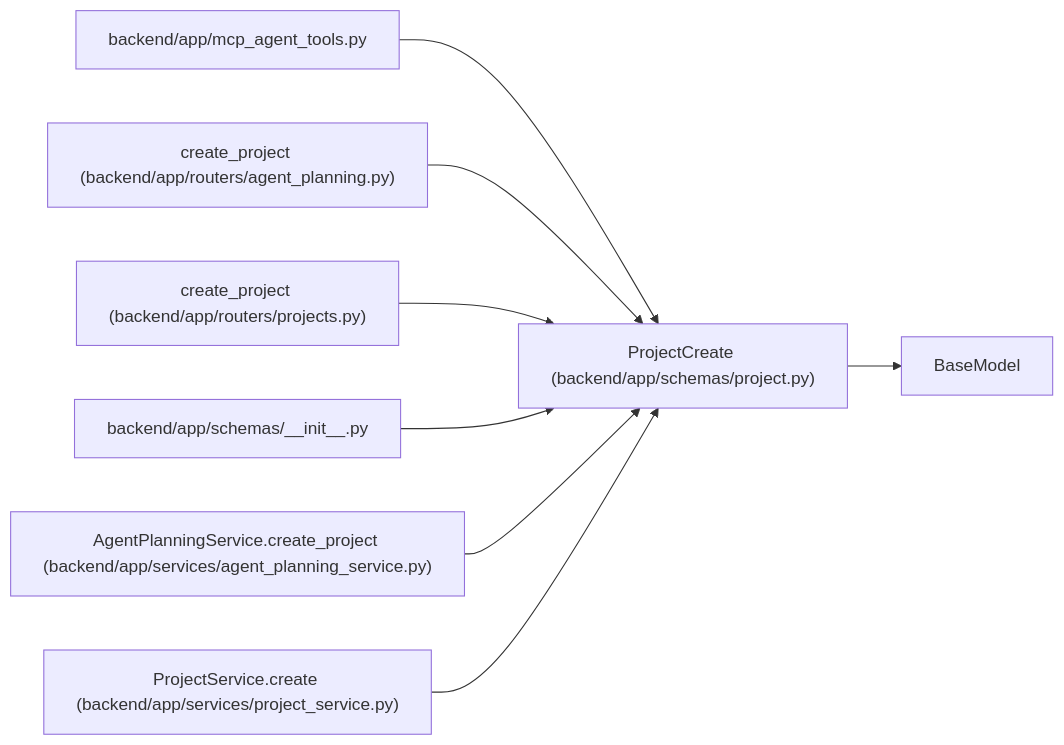
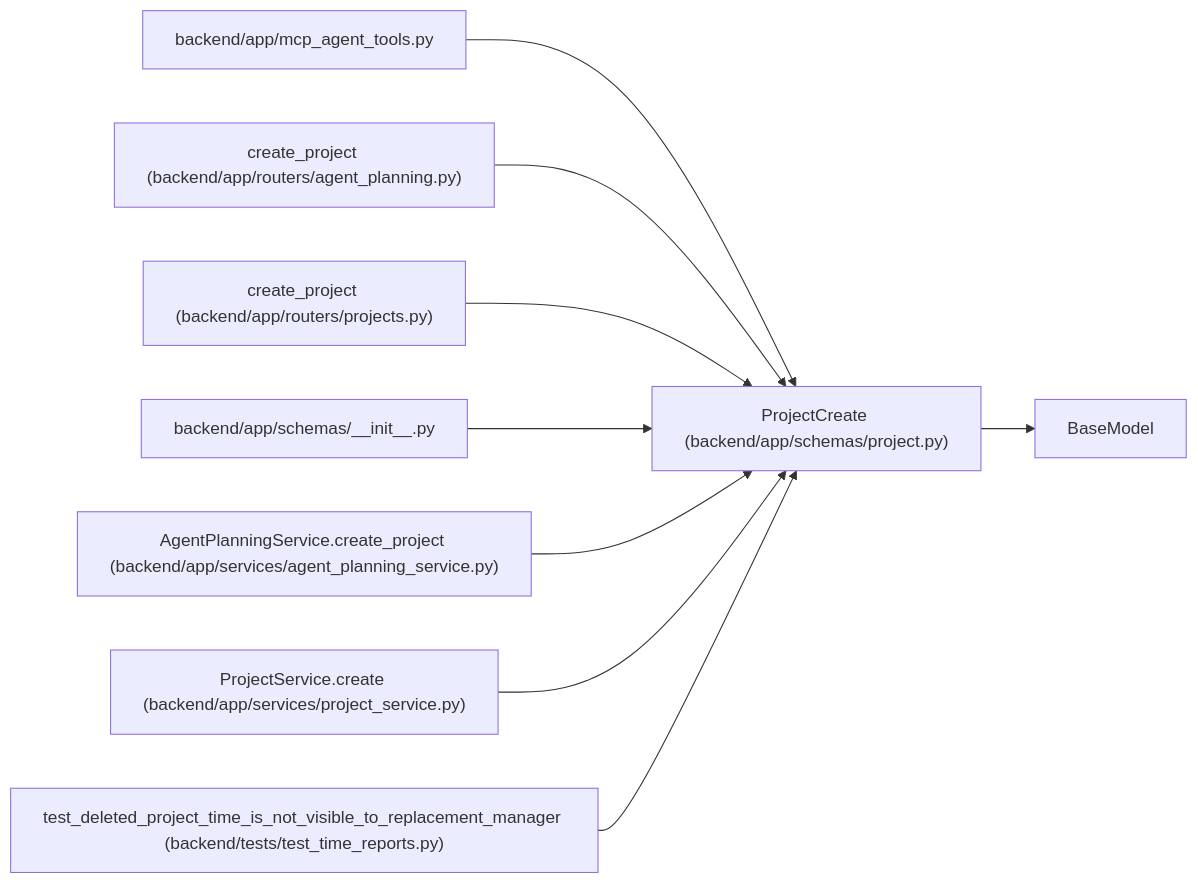
Before and after one commit to Denissvgn/WorkChord: the diagram in docs/llm_wiki/entities/schemas_project_ProjectCreate.md, drawn with Mermaid. The commit also changed other lines of this file and 317 other files, not shown here.

````diff
--- a/docs/llm_wiki/entities/schemas_project_ProjectCreate.md
+++ b/docs/llm_wiki/entities/schemas_project_ProjectCreate.md
@@ -35,25 +35,28 @@
 ```mermaid
 flowchart LR
     n0["ProjectCreate (backend/app/schemas/project.py)"]
     n1["BaseModel"]
     n2["backend/app/mcp_agent_tools.py"]
     n3["create_project (backend/app/routers/agent_planning.py)"]
     n4["create_project (backend/app/routers/projects.py)"]
     n5["backend/app/schemas/__init__.py"]
     n6["AgentPlanningService.create_project (backend/app/services/agent_planning_service.py)"]
     n7["ProjectService.create (backend/app/services/project_service.py)"]
+    n8["test_deleted_project_time_is_not_visible_to_replacement_manager (backend/tests/test_time_reports.py)"]
     n0 --> n1
     n2 --> n0
     n3 --> n0
     n4 --> n0
     n5 --> n0
     n6 --> n0
     n7 --> n0
+    n8 --> n0
     click n0 "../modules/schemas_project.md"
     click n2 "../modules/mcp_agent_tools.md"
     click n3 "../modules/routers_agent_planning.md"
     click n4 "../modules/projects.md"
     click n5 "../modules/schemas___init__.md"
     click n6 "../modules/agent_planning_service.md"
     click n7 "../modules/project_service.md"
+    click n8 "../modules/test_time_reports.md"
 ```
````
